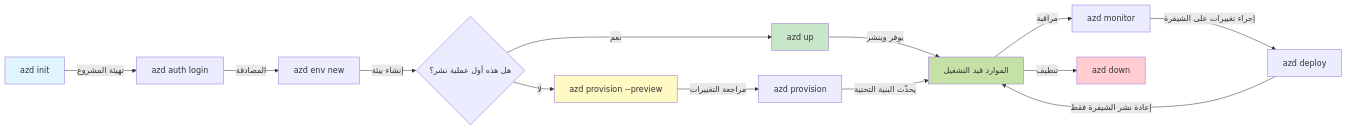
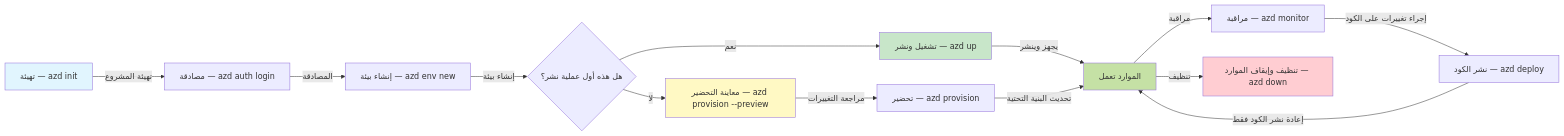
Before and after one commit to microsoft/AZD-for-beginners: the first of 2 diagrams in translations/ar/docs/chapter-01-foundation/azd-basics.md, drawn with Mermaid. The commit also changed other lines of this file and 104 other files, not shown here.

````diff
--- a/translations/ar/docs/chapter-01-foundation/azd-basics.md
+++ b/translations/ar/docs/chapter-01-foundation/azd-basics.md
@@ -269,21 +269,21 @@
 ```mermaid
 graph LR
-    A[azd init] -->|تهيئة المشروع| B[azd auth login]
-    B -->|المصادقة| C[azd env new]
+    A[تهيئة — azd init] -->|تهيئة المشروع| B[مصادقة — azd auth login]
+    B -->|المصادقة| C[إنشاء بيئة — azd env new]
     C -->|إنشاء بيئة| D{هل هذه أول عملية نشر؟}
-    D -->|نعم| E[azd up]
-    D -->|لا| F[azd provision --preview]
-    F -->|مراجعة التغييرات| G[azd provision]
-    E -->|يوفر وينشر| H[الموارد قيد التشغيل]
-    G -->|يحدّث البنية التحتية| H
-    H -->|مراقبة| I[azd monitor]
-    I -->|إجراء تغييرات على الشيفرة| J[azd deploy]
-    J -->|إعادة نشر الشيفرة فقط| H
-    H -->|تنظيف| K[azd down]
+    D -->|نعم| E[تشغيل ونشر — azd up]
+    D -->|لا| F[معاينة التحضير — azd provision --preview]
+    F -->|مراجعة التغييرات| G[تحضير — azd provision]
+    E -->|يجهز وينشر| H[الموارد تعمل]
+    G -->|تحديث البنية التحتية| H
+    H -->|مراقبة| I[مراقبة — azd monitor]
+    I -->|إجراء تغييرات على الكود| J[نشر الكود — azd deploy]
+    J -->|إعادة نشر الكود فقط| H
+    H -->|تنظيف| K[تنظيف وإيقاف الموارد — azd down]
     
     style A fill:#e1f5fe
     style E fill:#c8e6c9
     style F fill:#fff9c4
     style H fill:#c5e1a5
     style K fill:#ffcdd2
 ```
````
